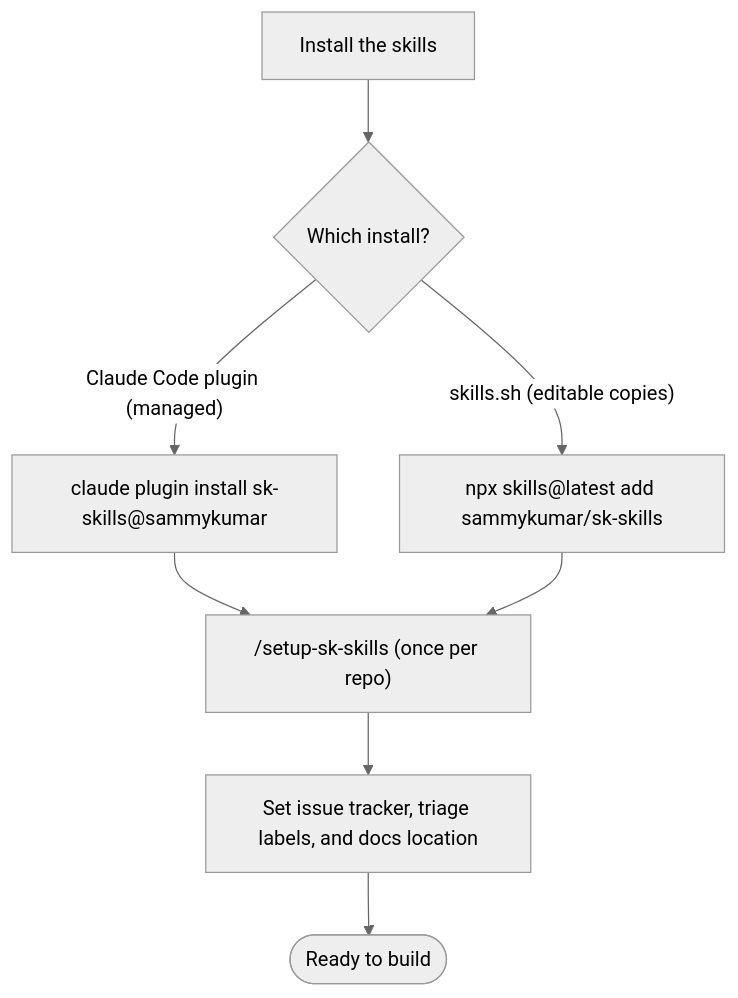
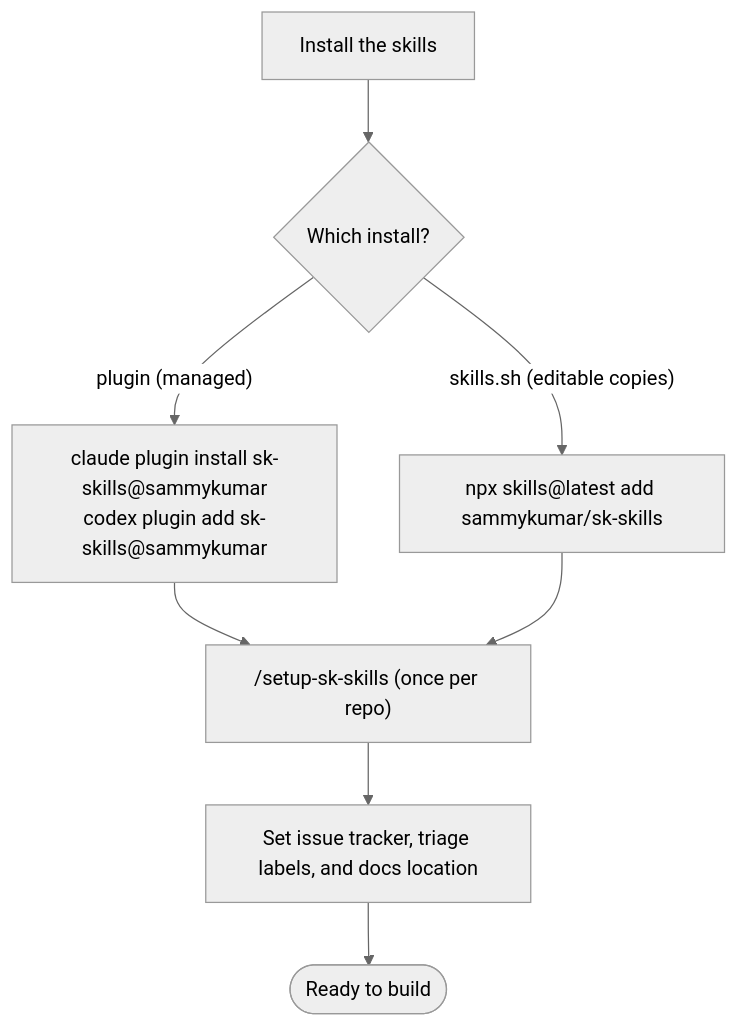
Before and after one commit to sammykumar/sk-skills: the first of 2 diagrams in README.md, drawn with Mermaid (neutral theme). The commit also changed other lines of this file and 5 other files, not shown here.

First line of the commit message:
feat: teach update-sk-skills the Codex plugin route

````diff
--- a/README.md
+++ b/README.md
@@ -84,10 +94,10 @@
 ```mermaid
 flowchart TD
     A["Install the skills"] --> B{"Which install?"}
-    B -->|"Claude Code plugin (managed)"| C["claude plugin install sk-skills@sammykumar"]
+    B -->|"plugin (managed)"| C["claude plugin install sk-skills@sammykumar<br/>codex plugin add sk-skills@sammykumar"]
     B -->|"skills.sh (editable copies)"| D["npx skills@latest add sammykumar/sk-skills"]
     C --> E["/setup-sk-skills (once per repo)"]
     D --> E
     E --> F["Set issue tracker, triage labels, and docs location"]
     F --> G(["Ready to build"])
 ```
````
